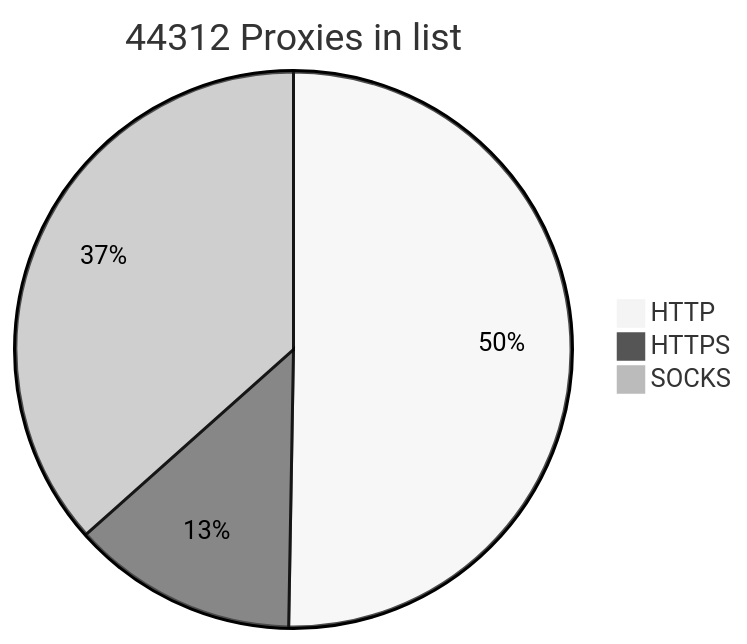
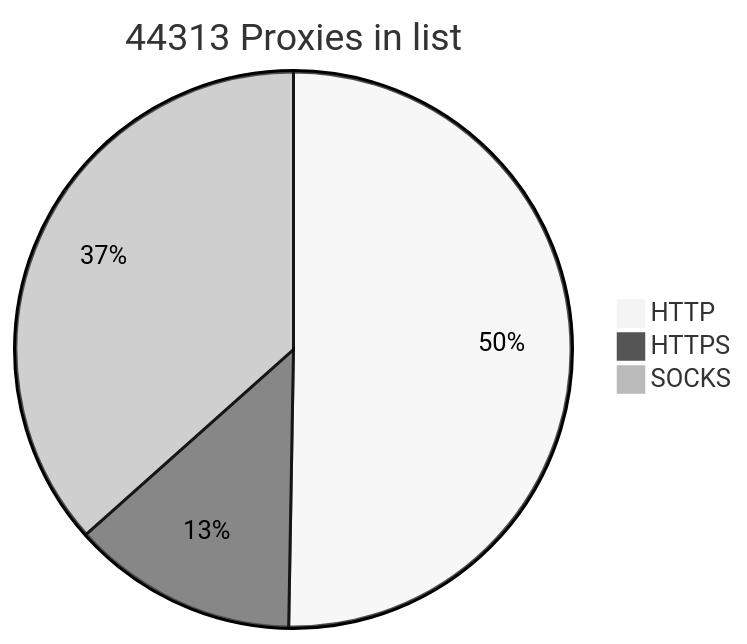
Before and after one commit to BlackSnowDot/proxylist-update-every-minute: the diagram in README.md, drawn with Mermaid (neutral theme).

````diff
--- a/README.md
+++ b/README.md
@@ -2,6 +2,6 @@
 ```mermaid
-pie title 44312 Proxies in list
+pie title 44313 Proxies in list
     "HTTP" : 24853
     "HTTPS": 6492
-    "SOCKS" : 18087
+    "SOCKS" : 18088
 ```
````
